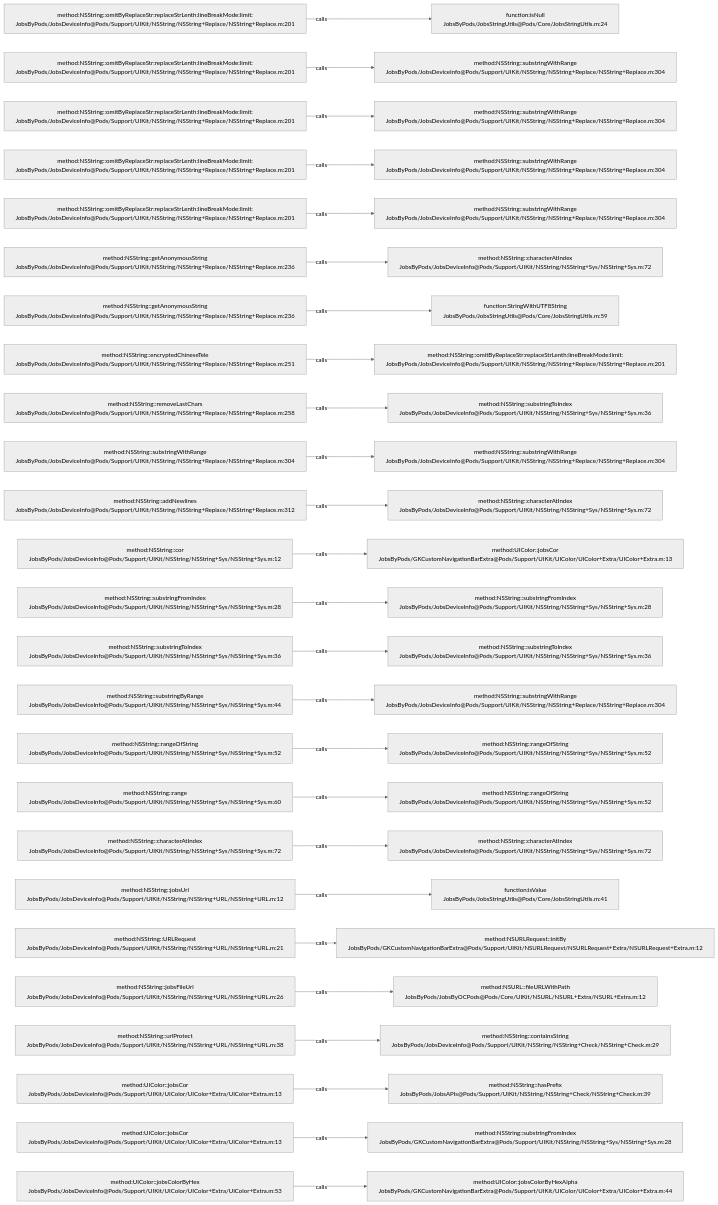
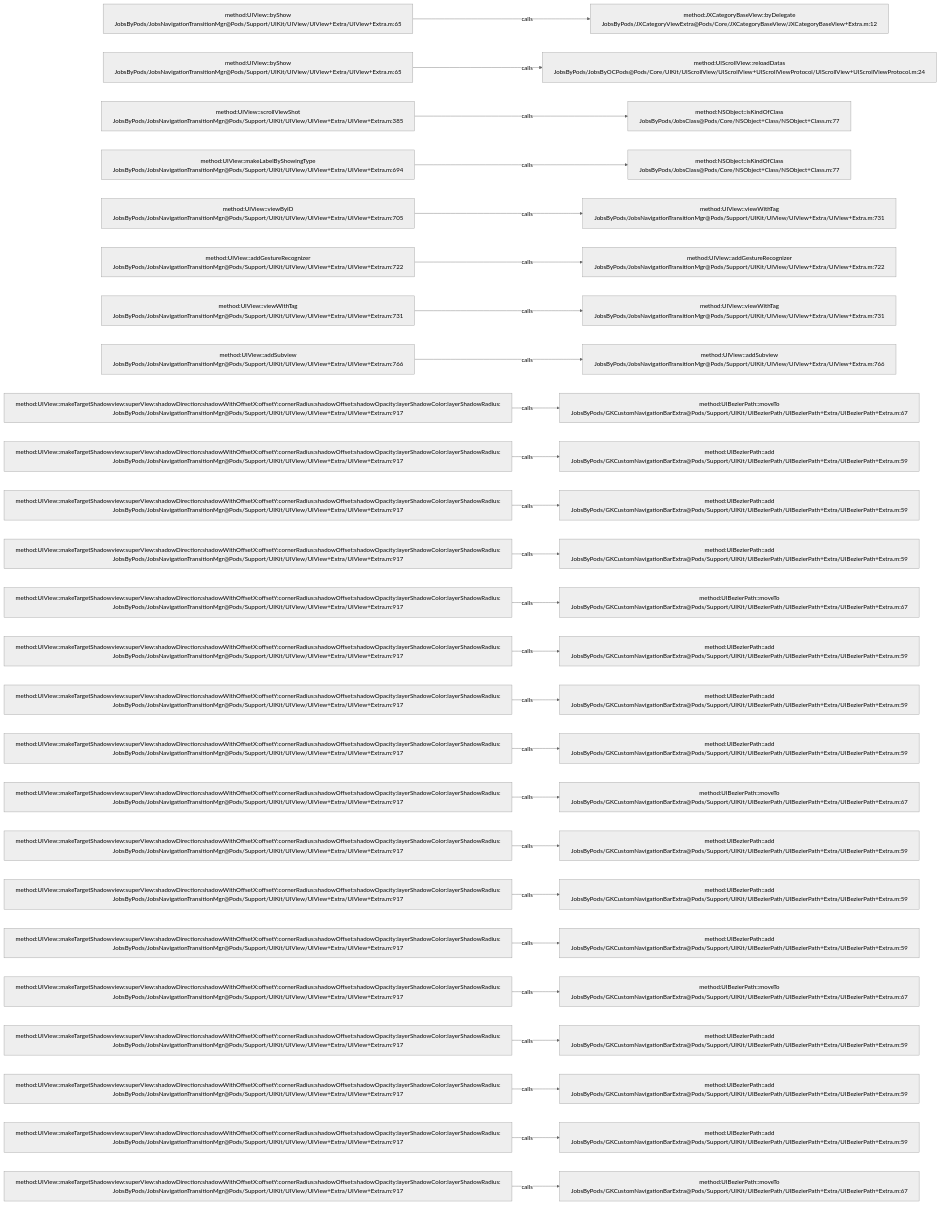
Before and after one commit to JobsKits/JobsOCBaseConfigDemo: the diagram in .codegraph/codegraph.md/graphs/calls-091.md, drawn with Mermaid (neutral theme). The commit also changed 573 other files, not shown here.

````diff
--- a/.codegraph/codegraph.md/graphs/calls-091.md
+++ b/.codegraph/codegraph.md/graphs/calls-091.md
@@ -13,78 +13,78 @@
 ```mermaid
 flowchart LR
-  S1["method:NSString::omitByReplaceStr:replaceStrLenth:lineBreakMode:limit:<br/>JobsByPods/JobsDeviceInfo@Pods/Support/UIKit/NSString/NSString+Replace/NSString+Replace.m:201"]
-  T1["function:isNull<br/>JobsByPods/JobsStringUtils@Pods/Core/JobsStringUtils.m:24"]
+  S1["method:UIView::byShow<br/>JobsByPods/JobsNavigationTransitionMgr@Pods/Support/UIKit/UIView/UIView+Extra/UIView+Extra.m:65"]
+  T1["method:JXCategoryBaseView::byDelegate<br/>JobsByPods/JXCategoryViewExtra@Pods/Core/JXCategoryBaseView/JXCategoryBaseView+Extra.m:12"]
   S1 -->|calls| T1
-  S2["method:NSString::omitByReplaceStr:replaceStrLenth:lineBreakMode:limit:<br/>JobsByPods/JobsDeviceInfo@Pods/Support/UIKit/NSString/NSString+Replace/NSString+Replace.m:201"]
-  T2["method:NSString::substringWithRange<br/>JobsByPods/JobsDeviceInfo@Pods/Support/UIKit/NSString/NSString+Replace/NSString+Replace.m:304"]
+  S2["method:UIView::byShow<br/>JobsByPods/JobsNavigationTransitionMgr@Pods/Support/UIKit/UIView/UIView+Extra/UIView+Extra.m:65"]
+  T2["method:UIScrollView::reloadDatas<br/>JobsByPods/JobsByOCPods@Pods/Core/UIKit/UIScrollView/UIScrollView+UIScrollViewProtocol/UIScrollView+UIScrollViewProtocol.m:24"]
   S2 -->|calls| T2
-  S3["method:NSString::omitByReplaceStr:replaceStrLenth:lineBreakMode:limit:<br/>JobsByPods/JobsDeviceInfo@Pods/Support/UIKit/NSString/NSString+Replace/NSString+Replace.m:201"]
-  T3["method:NSString::substringWithRange<br/>JobsByPods/JobsDeviceInfo@Pods/Support/UIKit/NSString/NSString+Replace/NSString+Replace.m:304"]
+  S3["method:UIView::scrollViewShot<br/>JobsByPods/JobsNavigationTransitionMgr@Pods/Support/UIKit/UIView/UIView+Extra/UIView+Extra.m:385"]
+  T3["method:NSObject::isKindOfClass<br/>JobsByPods/JobsClass@Pods/Core/NSObject+Class/NSObject+Class.m:77"]
   S3 -->|calls| T3
-  S4["method:NSString::omitByReplaceStr:replaceStrLenth:lineBreakMode:limit:<br/>JobsByPods/JobsDeviceInfo@Pods/Support/UIKit/NSString/NSString+Replace/NSString+Replace.m:201"]
-  T4["method:NSString::substringWithRange<br/>JobsByPods/JobsDeviceInfo@Pods/Support/UIKit/NSString/NSString+Replace/NSString+Replace.m:304"]
+  S4["method:UIView::makeLabelByShowingType<br/>JobsByPods/JobsNavigationTransitionMgr@Pods/Support/UIKit/UIView/UIView+Extra/UIView+Extra.m:694"]
+  T4["method:NSObject::isKindOfClass<br/>JobsByPods/JobsClass@Pods/Core/NSObject+Class/NSObject+Class.m:77"]
   S4 -->|calls| T4
-  S5["method:NSString::omitByReplaceStr:replaceStrLenth:lineBreakMode:limit:<br/>JobsByPods/JobsDeviceInfo@Pods/Support/UIKit/NSString/NSString+Replace/NSString+Replace.m:201"]
-  T5["method:NSString::substringWithRange<br/>JobsByPods/JobsDeviceInfo@Pods/Support/UIKit/NSString/NSString+Replace/NSString+Replace.m:304"]
+  S5["method:UIView::viewByID<br/>JobsByPods/JobsNavigationTransitionMgr@Pods/Support/UIKit/UIView/UIView+Extra/UIView+Extra.m:705"]
+  T5["method:UIView::viewWithTag<br/>JobsByPods/JobsNavigationTransitionMgr@Pods/Support/UIKit/UIView/UIView+Extra/UIView+Extra.m:731"]
   S5 -->|calls| T5
-  S6["method:NSString::getAnonymousString<br/>JobsByPods/JobsDeviceInfo@Pods/Support/UIKit/NSString/NSString+Replace/NSString+Replace.m:236"]
-  T6["method:NSString::characterAtIndex<br/>JobsByPods/JobsDeviceInfo@Pods/Support/UIKit/NSString/NSString+Sys/NSString+Sys.m:72"]
+  S6["method:UIView::addGestureRecognizer<br/>JobsByPods/JobsNavigationTransitionMgr@Pods/Support/UIKit/UIView/UIView+Extra/UIView+Extra.m:722"]
+  T6["method:UIView::addGestureRecognizer<br/>JobsByPods/JobsNavigationTransitionMgr@Pods/Support/UIKit/UIView/UIView+Extra/UIView+Extra.m:722"]
   S6 -->|calls| T6
-  S7["method:NSString::getAnonymousString<br/>JobsByPods/JobsDeviceInfo@Pods/Support/UIKit/NSString/NSString+Replace/NSString+Replace.m:236"]
-  T7["function:StringWithUTF8String<br/>JobsByPods/JobsStringUtils@Pods/Core/JobsStringUtils.m:59"]
+  S7["method:UIView::viewWithTag<br/>JobsByPods/JobsNavigationTransitionMgr@Pods/Support/UIKit/UIView/UIView+Extra/UIView+Extra.m:731"]
+  T7["method:UIView::viewWithTag<br/>JobsByPods/JobsNavigationTransitionMgr@Pods/Support/UIKit/UIView/UIView+Extra/UIView+Extra.m:731"]
   S7 -->|calls| T7
-  S8["method:NSString::encryptedChineseTele<br/>JobsByPods/JobsDeviceInfo@Pods/Support/UIKit/NSString/NSString+Replace/NSString+Replace.m:251"]
-  T8["method:NSString::omitByReplaceStr:replaceStrLenth:lineBreakMode:limit:<br/>JobsByPods/JobsDeviceInfo@Pods/Support/UIKit/NSString/NSString+Replace/NSString+Replace.m:201"]
+  S8["method:UIView::addSubview<br/>JobsByPods/JobsNavigationTransitionMgr@Pods/Support/UIKit/UIView/UIView+Extra/UIView+Extra.m:766"]
+  T8["method:UIView::addSubview<br/>JobsByPods/JobsNavigationTransitionMgr@Pods/Support/UIKit/UIView/UIView+Extra/UIView+Extra.m:766"]
   S8 -->|calls| T8
-  S9["method:NSString::removeLastChars<br/>JobsByPods/JobsDeviceInfo@Pods/Support/UIKit/NSString/NSString+Replace/NSString+Replace.m:258"]
-  T9["method:NSString::substringToIndex<br/>JobsByPods/JobsDeviceInfo@Pods/Support/UIKit/NSString/NSString+Sys/NSString+Sys.m:36"]
+  S9["method:UIView::makeTargetShadowview:superView:shadowDirection:shadowWithOffsetX:offsetY:cornerRadius:shadowOffset:shadowOpacity:layerShadowColor:layerShadowRadius:<br/>JobsByPods/JobsNavigationTransitionMgr@Pods/Support/UIKit/UIView/UIView+Extra/UIView+Extra.m:917"]
+  T9["method:UIBezierPath::moveTo<br/>JobsByPods/GKCustomNavigationBarExtra@Pods/Support/UIKit/UIBezierPath/UIBezierPath+Extra/UIBezierPath+Extra.m:67"]
   S9 -->|calls| T9
-  S10["method:NSString::substringWithRange<br/>JobsByPods/JobsDeviceInfo@Pods/Support/UIKit/NSString/NSString+Replace/NSString+Replace.m:304"]
-  T10["method:NSString::substringWithRange<br/>JobsByPods/JobsDeviceInfo@Pods/Support/UIKit/NSString/NSString+Replace/NSString+Replace.m:304"]
+  S10["method:UIView::makeTargetShadowview:superView:shadowDirection:shadowWithOffsetX:offsetY:cornerRadius:shadowOffset:shadowOpacity:layerShadowColor:layerShadowRadius:<br/>JobsByPods/JobsNavigationTransitionMgr@Pods/Support/UIKit/UIView/UIView+Extra/UIView+Extra.m:917"]
+  T10["method:UIBezierPath::add<br/>JobsByPods/GKCustomNavigationBarExtra@Pods/Support/UIKit/UIBezierPath/UIBezierPath+Extra/UIBezierPath+Extra.m:59"]
   S10 -->|calls| T10
-  S11["method:NSString::addNewlines<br/>JobsByPods/JobsDeviceInfo@Pods/Support/UIKit/NSString/NSString+Replace/NSString+Replace.m:312"]
-  T11["method:NSString::characterAtIndex<br/>JobsByPods/JobsDeviceInfo@Pods/Support/UIKit/NSString/NSString+Sys/NSString+Sys.m:72"]
+  S11["method:UIView::makeTargetShadowview:superView:shadowDirection:shadowWithOffsetX:offsetY:cornerRadius:shadowOffset:shadowOpacity:layerShadowColor:layerShadowRadius:<br/>JobsByPods/JobsNavigationTransitionMgr@Pods/Support/UIKit/UIView/UIView+Extra/UIView+Extra.m:917"]
+  T11["method:UIBezierPath::add<br/>JobsByPods/GKCustomNavigationBarExtra@Pods/Support/UIKit/UIBezierPath/UIBezierPath+Extra/UIBezierPath+Extra.m:59"]
   S11 -->|calls| T11
-  S12["method:NSString::cor<br/>JobsByPods/JobsDeviceInfo@Pods/Support/UIKit/NSString/NSString+Sys/NSString+Sys.m:12"]
-  T12["method:UIColor::jobsCor<br/>JobsByPods/GKCustomNavigationBarExtra@Pods/Support/UIKit/UIColor/UIColor+Extra/UIColor+Extra.m:13"]
+  S12["method:UIView::makeTargetShadowview:superView:shadowDirection:shadowWithOffsetX:offsetY:cornerRadius:shadowOffset:shadowOpacity:layerShadowColor:layerShadowRadius:<br/>JobsByPods/JobsNavigationTransitionMgr@Pods/Support/UIKit/UIView/UIView+Extra/UIView+Extra.m:917"]
+  T12["method:UIBezierPath::add<br/>JobsByPods/GKCustomNavigationBarExtra@Pods/Support/UIKit/UIBezierPath/UIBezierPath+Extra/UIBezierPath+Extra.m:59"]
   S12 -->|calls| T12
-  S13["method:NSString::substringFromIndex<br/>JobsByPods/JobsDeviceInfo@Pods/Support/UIKit/NSString/NSString+Sys/NSString+Sys.m:28"]
-  T13["method:NSString::substringFromIndex<br/>JobsByPods/JobsDeviceInfo@Pods/Support/UIKit/NSString/NSString+Sys/NSString+Sys.m:28"]
+  S13["method:UIView::makeTargetShadowview:superView:shadowDirection:shadowWithOffsetX:offsetY:cornerRadius:shadowOffset:shadowOpacity:layerShadowColor:layerShadowRadius:<br/>JobsByPods/JobsNavigationTransitionMgr@Pods/Support/UIKit/UIView/UIView+Extra/UIView+Extra.m:917"]
+  T13["method:UIBezierPath::moveTo<br/>JobsByPods/GKCustomNavigationBarExtra@Pods/Support/UIKit/UIBezierPath/UIBezierPath+Extra/UIBezierPath+Extra.m:67"]
   S13 -->|calls| T13
-  S14["method:NSString::substringToIndex<br/>JobsByPods/JobsDeviceInfo@Pods/Support/UIKit/NSString/NSString+Sys/NSString+Sys.m:36"]
-  T14["method:NSString::substringToIndex<br/>JobsByPods/JobsDeviceInfo@Pods/Support/UIKit/NSString/NSString+Sys/NSString+Sys.m:36"]
+  S14["method:UIView::makeTargetShadowview:superView:shadowDirection:shadowWithOffsetX:offsetY:cornerRadius:shadowOffset:shadowOpacity:layerShadowColor:layerShadowRadius:<br/>JobsByPods/JobsNavigationTransitionMgr@Pods/Support/UIKit/UIView/UIView+Extra/UIView+Extra.m:917"]
+  T14["method:UIBezierPath::add<br/>JobsByPods/GKCustomNavigationBarExtra@Pods/Support/UIKit/UIBezierPath/UIBezierPath+Extra/UIBezierPath+Extra.m:59"]
   S14 -->|calls| T14
-  S15["method:NSString::substringByRange<br/>JobsByPods/JobsDeviceInfo@Pods/Support/UIKit/NSString/NSString+Sys/NSString+Sys.m:44"]
-  T15["method:NSString::substringWithRange<br/>JobsByPods/JobsDeviceInfo@Pods/Support/UIKit/NSString/NSString+Replace/NSString+Replace.m:304"]
+  S15["method:UIView::makeTargetShadowview:superView:shadowDirection:shadowWithOffsetX:offsetY:cornerRadius:shadowOffset:shadowOpacity:layerShadowColor:layerShadowRadius:<br/>JobsByPods/JobsNavigationTransitionMgr@Pods/Support/UIKit/UIView/UIView+Extra/UIView+Extra.m:917"]
+  T15["method:UIBezierPath::add<br/>JobsByPods/GKCustomNavigationBarExtra@Pods/Support/UIKit/UIBezierPath/UIBezierPath+Extra/UIBezierPath+Extra.m:59"]
   S15 -->|calls| T15
-  S16["method:NSString::rangeOfString<br/>JobsByPods/JobsDeviceInfo@Pods/Support/UIKit/NSString/NSString+Sys/NSString+Sys.m:52"]
-  T16["method:NSString::rangeOfString<br/>JobsByPods/JobsDeviceInfo@Pods/Support/UIKit/NSString/NSString+Sys/NSString+Sys.m:52"]
+  S16["method:UIView::makeTargetShadowview:superView:shadowDirection:shadowWithOffsetX:offsetY:cornerRadius:shadowOffset:shadowOpacity:layerShadowColor:layerShadowRadius:<br/>JobsByPods/JobsNavigationTransitionMgr@Pods/Support/UIKit/UIView/UIView+Extra/UIView+Extra.m:917"]
+  T16["method:UIBezierPath::add<br/>JobsByPods/GKCustomNavigationBarExtra@Pods/Support/UIKit/UIBezierPath/UIBezierPath+Extra/UIBezierPath+Extra.m:59"]
   S16 -->|calls| T16
-  S17["method:NSString::range<br/>JobsByPods/JobsDeviceInfo@Pods/Support/UIKit/NSString/NSString+Sys/NSString+Sys.m:60"]
-  T17["method:NSString::rangeOfString<br/>JobsByPods/JobsDeviceInfo@Pods/Support/UIKit/NSString/NSString+Sys/NSString+Sys.m:52"]
+  S17["method:UIView::makeTargetShadowview:superView:shadowDirection:shadowWithOffsetX:offsetY:cornerRadius:shadowOffset:shadowOpacity:layerShadowColor:layerShadowRadius:<br/>JobsByPods/JobsNavigationTransitionMgr@Pods/Support/UIKit/UIView/UIView+Extra/UIView+Extra.m:917"]
+  T17["method:UIBezierPath::moveTo<br/>JobsByPods/GKCustomNavigationBarExtra@Pods/Support/UIKit/UIBezierPath/UIBezierPath+Extra/UIBezierPath+Extra.m:67"]
   S17 -->|calls| T17
-  S18["method:NSString::characterAtIndex<br/>JobsByPods/JobsDeviceInfo@Pods/Support/UIKit/NSString/NSString+Sys/NSString+Sys.m:72"]
-  T18["method:NSString::characterAtIndex<br/>JobsByPods/JobsDeviceInfo@Pods/Support/UIKit/NSString/NSString+Sys/NSString+Sys.m:72"]
+  S18["method:UIView::makeTargetShadowview:superView:shadowDirection:shadowWithOffsetX:offsetY:cornerRadius:shadowOffset:shadowOpacity:layerShadowColor:layerShadowRadius:<br/>JobsByPods/JobsNavigationTransitionMgr@Pods/Support/UIKit/UIView/UIView+Extra/UIView+Extra.m:917"]
+  T18["method:UIBezierPath::add<br/>JobsByPods/GKCustomNavigationBarExtra@Pods/Support/UIKit/UIBezierPath/UIBezierPath+Extra/UIBezierPath+Extra.m:59"]
   S18 -->|calls| T18
-  S19["method:NSString::jobsUrl<br/>JobsByPods/JobsDeviceInfo@Pods/Support/UIKit/NSString/NSString+URL/NSString+URL.m:12"]
-  T19["function:isValue<br/>JobsByPods/JobsStringUtils@Pods/Core/JobsStringUtils.m:41"]
+  S19["method:UIView::makeTargetShadowview:superView:shadowDirection:shadowWithOffsetX:offsetY:cornerRadius:shadowOffset:shadowOpacity:layerShadowColor:layerShadowRadius:<br/>JobsByPods/JobsNavigationTransitionMgr@Pods/Support/UIKit/UIView/UIView+Extra/UIView+Extra.m:917"]
+  T19["method:UIBezierPath::add<br/>JobsByPods/GKCustomNavigationBarExtra@Pods/Support/UIKit/UIBezierPath/UIBezierPath+Extra/UIBezierPath+Extra.m:59"]
   S19 -->|calls| T19
-  S20["method:NSString::URLRequest<br/>JobsByPods/JobsDeviceInfo@Pods/Support/UIKit/NSString/NSString+URL/NSString+URL.m:21"]
-  T20["method:NSURLRequest::initBy<br/>JobsByPods/GKCustomNavigationBarExtra@Pods/Support/UIKit/NSURLRequest/NSURLRequest+Extra/NSURLRequest+Extra.m:12"]
+  S20["method:UIView::makeTargetShadowview:superView:shadowDirection:shadowWithOffsetX:offsetY:cornerRadius:shadowOffset:shadowOpacity:layerShadowColor:layerShadowRadius:<br/>JobsByPods/JobsNavigationTransitionMgr@Pods/Support/UIKit/UIView/UIView+Extra/UIView+Extra.m:917"]
+  T20["method:UIBezierPath::add<br/>JobsByPods/GKCustomNavigationBarExtra@Pods/Support/UIKit/UIBezierPath/UIBezierPath+Extra/UIBezierPath+Extra.m:59"]
   S20 -->|calls| T20
-  S21["method:NSString::jobsFileUrl<br/>JobsByPods/JobsDeviceInfo@Pods/Support/UIKit/NSString/NSString+URL/NSString+URL.m:26"]
-  T21["method:NSURL::fileURLWithPath<br/>JobsByPods/JobsByOCPods@Pods/Core/UIKit/NSURL/NSURL+Extra/NSURL+Extra.m:12"]
+  S21["method:UIView::makeTargetShadowview:superView:shadowDirection:shadowWithOffsetX:offsetY:cornerRadius:shadowOffset:shadowOpacity:layerShadowColor:layerShadowRadius:<br/>JobsByPods/JobsNavigationTransitionMgr@Pods/Support/UIKit/UIView/UIView+Extra/UIView+Extra.m:917"]
+  T21["method:UIBezierPath::moveTo<br/>JobsByPods/GKCustomNavigationBarExtra@Pods/Support/UIKit/UIBezierPath/UIBezierPath+Extra/UIBezierPath+Extra.m:67"]
   S21 -->|calls| T21
-  S22["method:NSString::urlProtect<br/>JobsByPods/JobsDeviceInfo@Pods/Support/UIKit/NSString/NSString+URL/NSString+URL.m:38"]
-  T22["method:NSString::containsString<br/>JobsByPods/JobsDeviceInfo@Pods/Support/UIKit/NSString/NSString+Check/NSString+Check.m:29"]
+  S22["method:UIView::makeTargetShadowview:superView:shadowDirection:shadowWithOffsetX:offsetY:cornerRadius:shadowOffset:shadowOpacity:layerShadowColor:layerShadowRadius:<br/>JobsByPods/JobsNavigationTransitionMgr@Pods/Support/UIKit/UIView/UIView+Extra/UIView+Extra.m:917"]
+  T22["method:UIBezierPath::add<br/>JobsByPods/GKCustomNavigationBarExtra@Pods/Support/UIKit/UIBezierPath/UIBezierPath+Extra/UIBezierPath+Extra.m:59"]
   S22 -->|calls| T22
-  S23["method:UIColor::jobsCor<br/>JobsByPods/JobsDeviceInfo@Pods/Support/UIKit/UIColor/UIColor+Extra/UIColor+Extra.m:13"]
-  T23["method:NSString::hasPrefix<br/>JobsByPods/JobsAPIs@Pods/Support/UIKit/NSString/NSString+Check/NSString+Check.m:39"]
+  S23["method:UIView::makeTargetShadowview:superView:shadowDirection:shadowWithOffsetX:offsetY:cornerRadius:shadowOffset:shadowOpacity:layerShadowColor:layerShadowRadius:<br/>JobsByPods/JobsNavigationTransitionMgr@Pods/Support/UIKit/UIView/UIView+Extra/UIView+Extra.m:917"]
+  T23["method:UIBezierPath::add<br/>JobsByPods/GKCustomNavigationBarExtra@Pods/Support/UIKit/UIBezierPath/UIBezierPath+Extra/UIBezierPath+Extra.m:59"]
   S23 -->|calls| T23
-  S24["method:UIColor::jobsCor<br/>JobsByPods/JobsDeviceInfo@Pods/Support/UIKit/UIColor/UIColor+Extra/UIColor+Extra.m:13"]
-  T24["method:NSString::substringFromIndex<br/>JobsByPods/GKCustomNavigationBarExtra@Pods/Support/UIKit/NSString/NSString+Sys/NSString+Sys.m:28"]
+  S24["method:UIView::makeTargetShadowview:superView:shadowDirection:shadowWithOffsetX:offsetY:cornerRadius:shadowOffset:shadowOpacity:layerShadowColor:layerShadowRadius:<br/>JobsByPods/JobsNavigationTransitionMgr@Pods/Support/UIKit/UIView/UIView+Extra/UIView+Extra.m:917"]
+  T24["method:UIBezierPath::add<br/>JobsByPods/GKCustomNavigationBarExtra@Pods/Support/UIKit/UIBezierPath/UIBezierPath+Extra/UIBezierPath+Extra.m:59"]
   S24 -->|calls| T24
-  S25["method:UIColor::jobsColorByHex<br/>JobsByPods/JobsDeviceInfo@Pods/Support/UIKit/UIColor/UIColor+Extra/UIColor+Extra.m:53"]
-  T25["method:UIColor::jobsColorByHexAlpha<br/>JobsByPods/GKCustomNavigationBarExtra@Pods/Support/UIKit/UIColor/UIColor+Extra/UIColor+Extra.m:44"]
+  S25["method:UIView::makeTargetShadowview:superView:shadowDirection:shadowWithOffsetX:offsetY:cornerRadius:shadowOffset:shadowOpacity:layerShadowColor:layerShadowRadius:<br/>JobsByPods/JobsNavigationTransitionMgr@Pods/Support/UIKit/UIView/UIView+Extra/UIView+Extra.m:917"]
+  T25["method:UIBezierPath::moveTo<br/>JobsByPods/GKCustomNavigationBarExtra@Pods/Support/UIKit/UIBezierPath/UIBezierPath+Extra/UIBezierPath+Extra.m:67"]
   S25 -->|calls| T25
 ```
````
